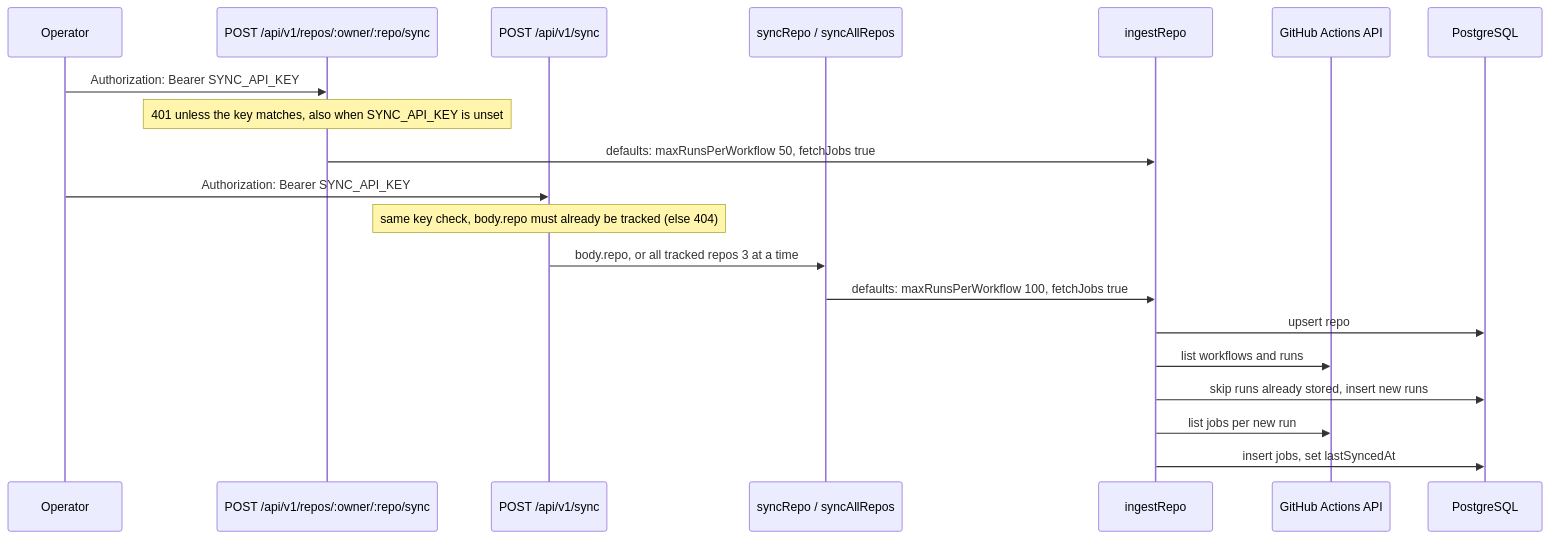
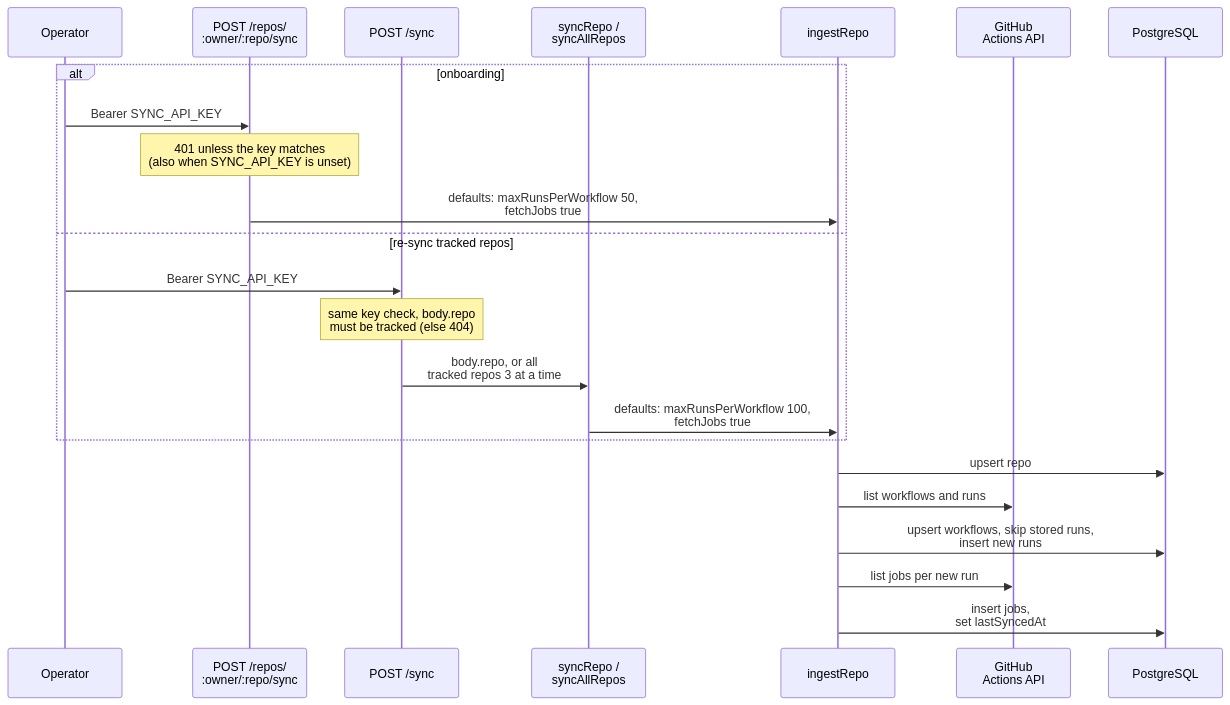
Before and after one commit to LanNguyenSi/repo-intelligence: the diagram in packages/ci-insights/README.md, drawn with Mermaid. The commit also changed 2 other files, not shown here.

Commit message:
docs: tidy sync diagram, sample output and storage link
ci-insights: the sync sequence diagram now groups the onboarding and
re-sync entry calls in an alt block before the ingestion steps they
share, names the workflow upsert, and wraps long participant names and
messages so it stays legible at README width. Route participants drop
the /api/v1 prefix, which the endpoint list already states.

repo-health: the summary divider in the sample output starts at column
0, as display.ts prints it.

perf-drift: the Data storage link to docs/reference.md is now an
absolute GitHub URL like the other doc links, since the published
package ships README.md without docs/.

````diff
--- a/packages/ci-insights/README.md
+++ b/packages/ci-insights/README.md
@@ -74,22 +74,25 @@
 ```mermaid
 sequenceDiagram
   participant Op as Operator
-  participant R1 as POST /api/v1/repos/:owner/:repo/sync
-  participant R2 as POST /api/v1/sync
-  participant Sch as syncRepo / syncAllRepos
+  participant R1 as POST /repos/<br/>:owner/:repo/sync
+  participant R2 as POST /sync
+  participant Sch as syncRepo /<br/>syncAllRepos
   participant Ing as ingestRepo
-  participant GH as GitHub Actions API
+  participant GH as GitHub<br/>Actions API
   participant DB as PostgreSQL
-  Op->>R1: Authorization: Bearer SYNC_API_KEY
-  Note over R1: 401 unless the key matches, also when SYNC_API_KEY is unset
-  R1->>Ing: defaults: maxRunsPerWorkflow 50, fetchJobs true
-  Op->>R2: Authorization: Bearer SYNC_API_KEY
-  Note over R2: same key check, body.repo must already be tracked (else 404)
-  R2->>Sch: body.repo, or all tracked repos 3 at a time
-  Sch->>Ing: defaults: maxRunsPerWorkflow 100, fetchJobs true
+  alt onboarding
+    Op->>R1: Bearer SYNC_API_KEY
+    Note over R1: 401 unless the key matches<br/>(also when SYNC_API_KEY is unset)
+    R1->>Ing: defaults: maxRunsPerWorkflow 50,<br/>fetchJobs true
+  else re-sync tracked repos
+    Op->>R2: Bearer SYNC_API_KEY
+    Note over R2: same key check, body.repo<br/>must be tracked (else 404)
+    R2->>Sch: body.repo, or all<br/>tracked repos 3 at a time
+    Sch->>Ing: defaults: maxRunsPerWorkflow 100,<br/>fetchJobs true
+  end
   Ing->>DB: upsert repo
   Ing->>GH: list workflows and runs
-  Ing->>DB: skip runs already stored, insert new runs
+  Ing->>DB: upsert workflows, skip stored runs,<br/>insert new runs
   Ing->>GH: list jobs per new run
-  Ing->>DB: insert jobs, set lastSyncedAt
+  Ing->>DB: insert jobs,<br/>set lastSyncedAt
 ```
````
